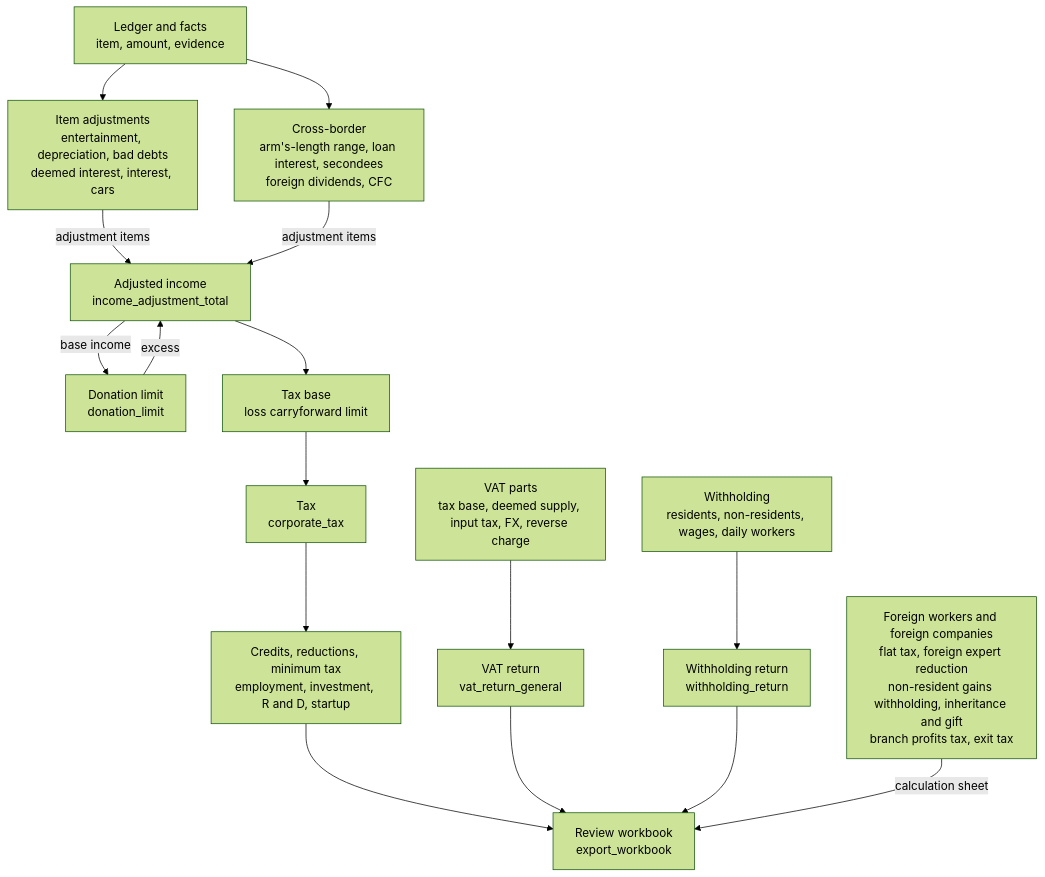
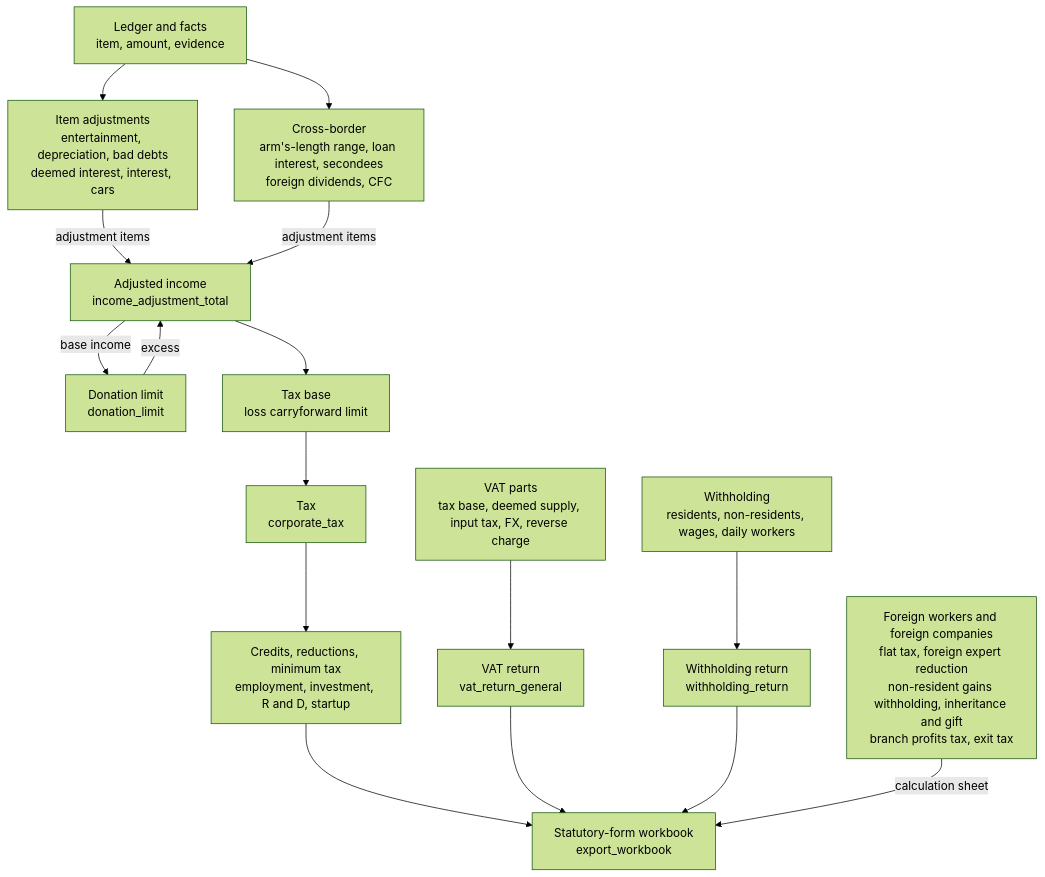
One commit to UpstageAI/korean-tax-calc-mcp changed the second of 3 diagrams in README-EN.md. Above: the diagram before and after it, drawn with Mermaid (forest theme). The commit also changed other lines of this file and 17 other files, not shown here.

````diff
--- a/README-EN.md
+++ b/README-EN.md
@@ -117,16 +117,16 @@
 ```mermaid
 flowchart TD
   L["Ledger and facts<br/>item, amount, evidence"] --> A["Item adjustments<br/>entertainment, depreciation, bad debts<br/>deemed interest, interest, cars"]
   L --> I["Cross-border<br/>arm's-length range, loan interest, secondees<br/>foreign dividends, CFC"]
   A -->|adjustment items| T["Adjusted income<br/>income_adjustment_total"]
   I -->|adjustment items| T
   T -->|base income| D["Donation limit<br/>donation_limit"]
   D -->|excess| T
   T --> B["Tax base<br/>loss carryforward limit"]
   B --> C["Tax<br/>corporate_tax"]
   C --> G["Credits, reductions, minimum tax<br/>employment, investment, R and D, startup"]
-  G --> X["Review workbook<br/>export_workbook"]
+  G --> X["Statutory-form workbook<br/>export_workbook"]
   V1["VAT parts<br/>tax base, deemed supply, input tax, FX, reverse charge"] --> V2["VAT return<br/>vat_return_general"] --> X
   W1["Withholding<br/>residents, non-residents, wages, daily workers"] --> W2["Withholding return<br/>withholding_return"] --> X
   P["Foreign workers and foreign companies<br/>flat tax, foreign expert reduction<br/>non-resident gains withholding, inheritance and gift<br/>branch profits tax, exit tax"] -->|calculation sheet| X
 ```
````
